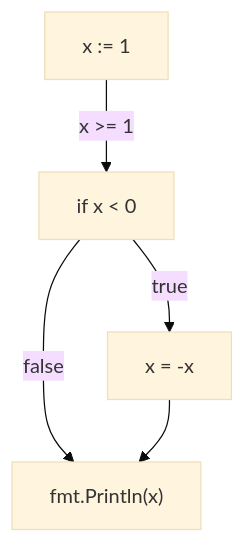
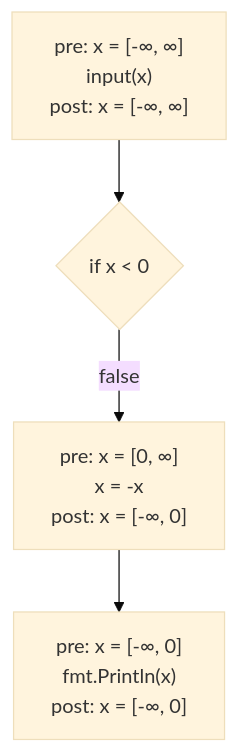
Before and after one commit to Dashadower/26_capstone: the diagram in analyzer_io_spec.md, drawn with Mermaid (base theme). The commit also changed other lines of this file, not shown here.

````diff
--- a/analyzer_io_spec.md
+++ b/analyzer_io_spec.md
@@ -81,10 +101,17 @@
 ```mermaid
 flowchart TD
-    1[x := 1]-- x >= 1 -->
-    2[if x < 0]
-    3[x = -x]
-    4["fmt.Println(x)"]
+    1["`pre: x = [-∞, ∞]
+    input(x)
+    post: x = [-∞, ∞]`"]
+    
+    2{"`if x < 0`"}
+    4["`pre: x = [0, ∞]
+    x = -x
+    post: x = [-∞, 0]`"]
+    5["`pre: x = [-∞, 0]
+    fmt.Println(x)
+    post: x = [-∞, 0]`"]
+    1 --> 2
     2 -- false --> 4
-    3 --> 4
-    2 -- true --> 3
+    4 --> 5
 ```
````
